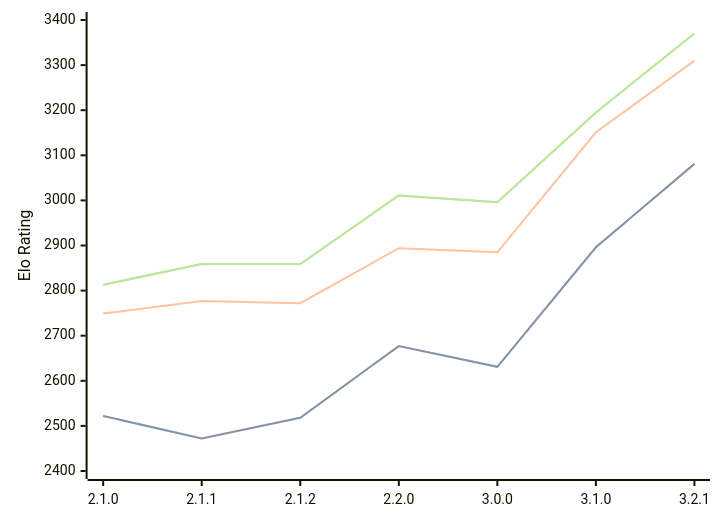
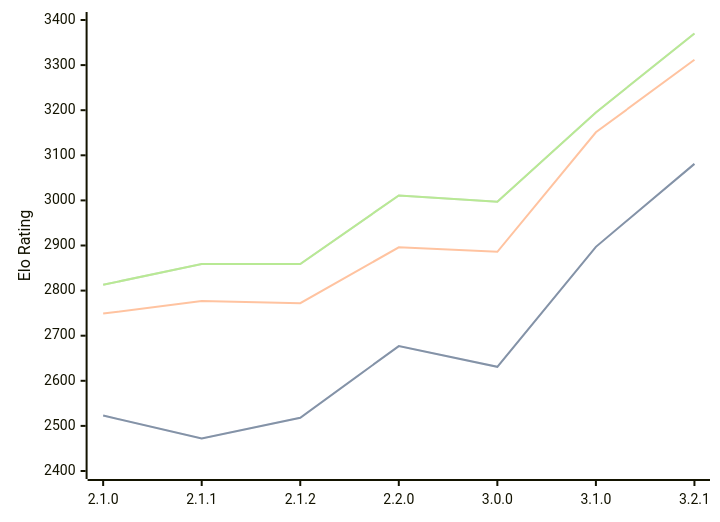
One commit to computer-chess-index/cci changed the diagram in engines/Prune.md. Above: the diagram before and after it, drawn with Mermaid. The commit also changed other lines of this file, not shown here.

Commit message:
Update CCI Ratings (ELO VLTC) - 2026-05-22

````diff
--- a/engines/Prune.md
+++ b/engines/Prune.md
@@ -42,11 +42,11 @@
 ```mermaid
 %%{init: {"theme":"base","themeVariables":{"seriesColors:['#a3a3a3','#222221','#faa371']}}}%%
 xychart-beta
   x-axis ["2.1.0", "2.1.1", "2.1.2", "2.2.0", "3.0.0", "3.1.0", "3.2.1"]
   y-axis "Elo Rating" 2400 --> 3400
-  line "STC (8.0+0.08s)" [2522, 2472, 2518, 2677, 2631, 2896, 3081]
-  line "STC (8.0+0.08s)" [2522, 2472, 2518, 2677, 2631, 2896, 3081]
-  line "LTC (60.0+0.60s)" [2749, 2777, 2772, 2894, 2885, 3151, 3310]
-  line "VLTC (2m24s+1.12s)" [2813, 2859, 2859, 3011, 2996, 3195, 3370]
-  line "VLTC (2m24s+1.12s)" [2813, 2859, 2859, 3011, 2996, 3195, 3370]
+  line "STC (8.0+0.08s)" [2523, 2472, 2518, 2677, 2631, 2897, 3081]
+  line "STC (8.0+0.08s)" [2523, 2472, 2518, 2677, 2631, 2897, 3081]
+  line "LTC (60.0+0.60s)" [2749, 2777, 2772, 2896, 2886, 3151, 3312]
+  line "VLTC (2m24s+1.12s)" [2813, 2859, 2859, 3011, 2997, 3195, 3370]
+  line "VLTC (2m24s+1.12s)" [2813, 2859, 2859, 3011, 2997, 3195, 3370]
 ```
````
